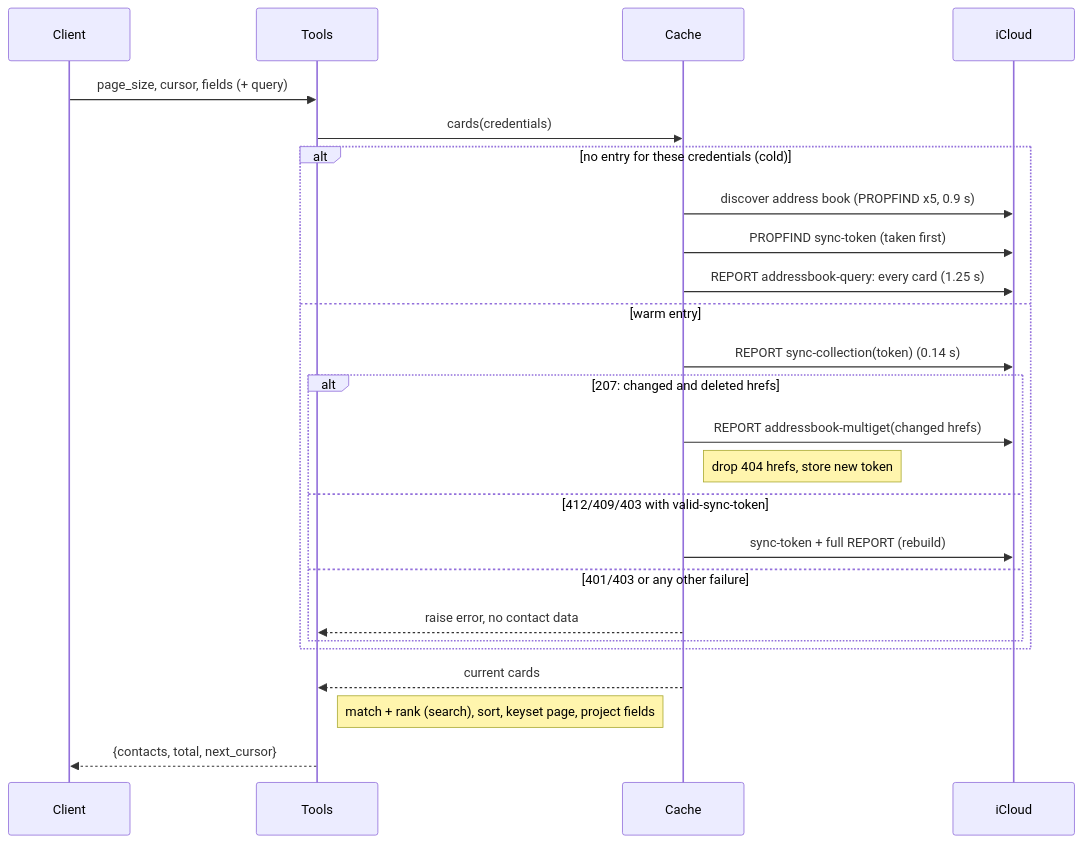
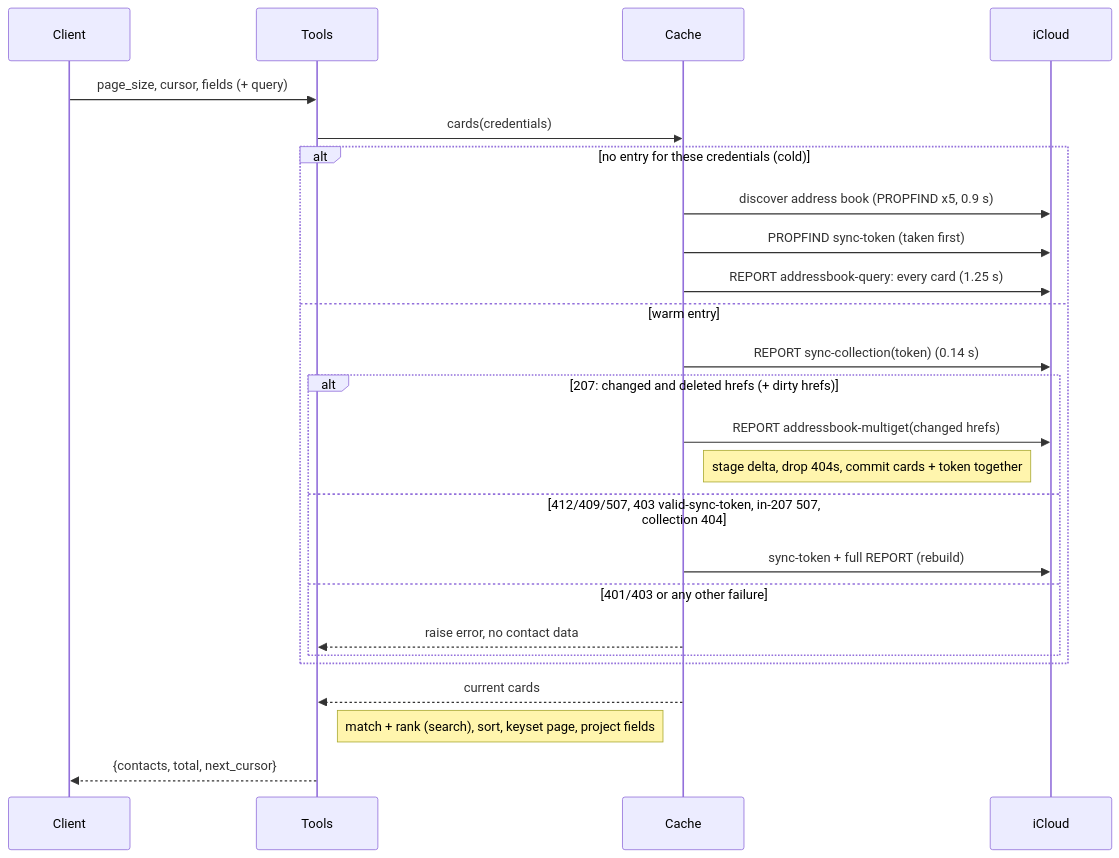
Before and after one commit to sohampatwardhan/icloud-mcp: the diagram in .specs/contacts-list-search-scale/03_design.md, drawn with Mermaid. The commit also changed other lines of this file and 10 other files, not shown here.

````diff
--- a/.specs/contacts-list-search-scale/03_design.md
+++ b/.specs/contacts-list-search-scale/03_design.md
@@ -155,27 +202,27 @@
 ```mermaid
 sequenceDiagram
     participant Client
     participant Tools
     participant Cache
     participant iCloud
     Client->>Tools: page_size, cursor, fields (+ query)
     Tools->>Cache: cards(credentials)
     alt no entry for these credentials (cold)
         Cache->>iCloud: discover address book (PROPFIND x5, 0.9 s)
         Cache->>iCloud: PROPFIND sync-token (taken first)
         Cache->>iCloud: REPORT addressbook-query: every card (1.25 s)
     else warm entry
         Cache->>iCloud: REPORT sync-collection(token) (0.14 s)
-        alt 207: changed and deleted hrefs
+        alt 207: changed and deleted hrefs (+ dirty hrefs)
             Cache->>iCloud: REPORT addressbook-multiget(changed hrefs)
-            Note right of Cache: drop 404 hrefs, store new token
-        else 412/409/403 with valid-sync-token
+            Note right of Cache: stage delta, drop 404s, commit cards + token together
+        else 412/409/507, 403 valid-sync-token, in-207 507, collection 404
             Cache->>iCloud: sync-token + full REPORT (rebuild)
         else 401/403 or any other failure
             Cache-->>Tools: raise error, no contact data
         end
     end
     Cache-->>Tools: current cards
     Note right of Tools: match + rank (search), sort, keyset page, project fields
     Tools-->>Client: {contacts, total, next_cursor}
 ```
````
